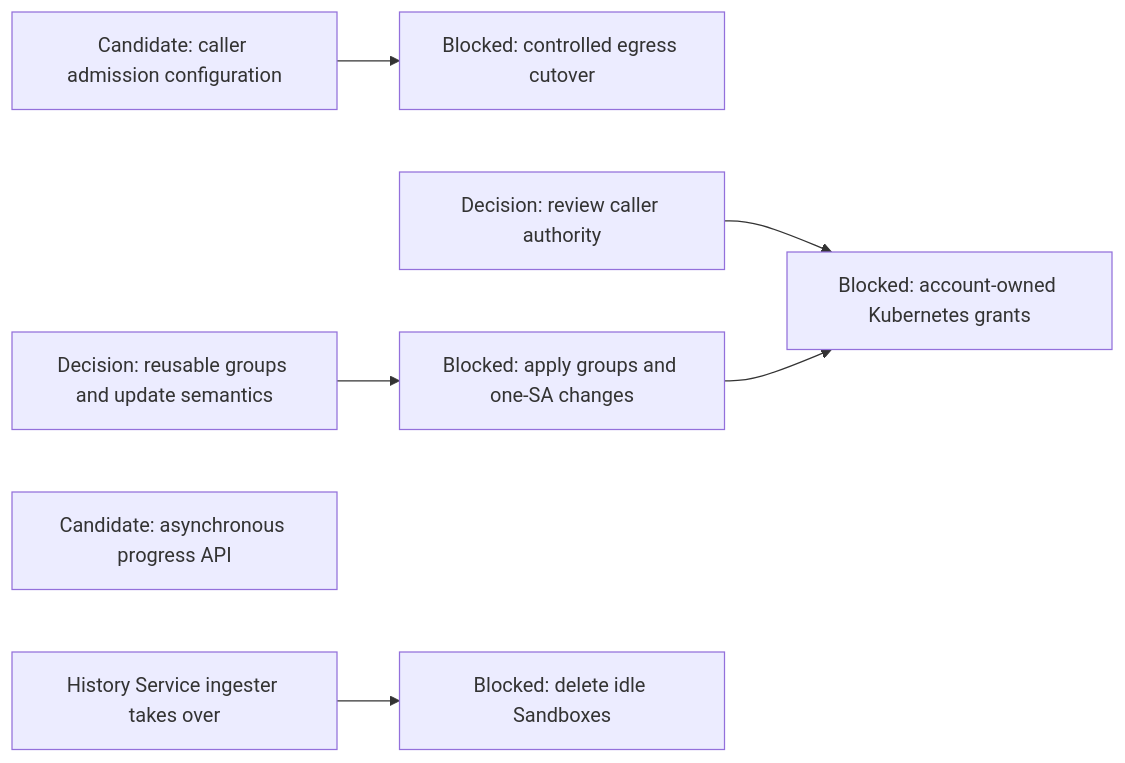
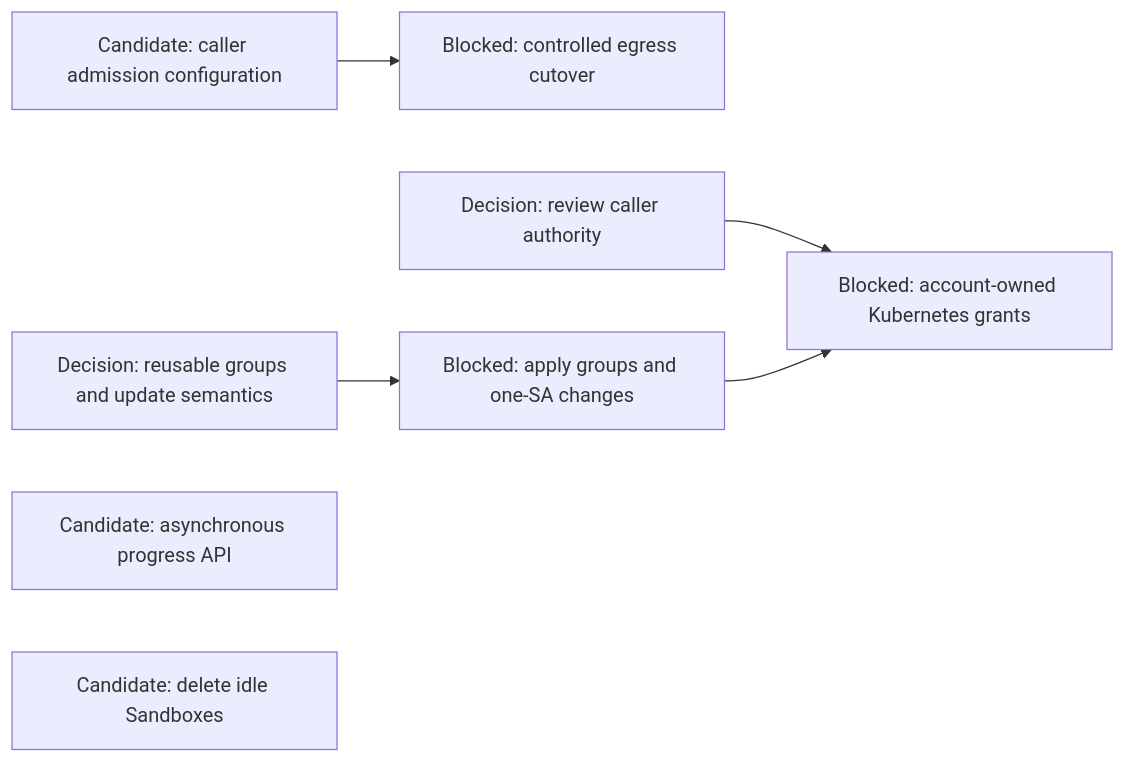
One commit to agentydragon-agent/ducktape changed the seventh of 11 diagrams in agentplane/plans/task_dag.md. Above: the diagram before and after it, drawn with Mermaid. The commit also changed other lines of this file and 2 other files, not shown here.

First line of the commit message:
agentplane: staging History Service takes over history writes (#9842)

````diff
--- a/agentplane/plans/task_dag.md
+++ b/agentplane/plans/task_dag.md
@@ -494,9 +492,9 @@
 ```mermaid
 flowchart LR
     PC_EGRESS_CREDENTIALS[Candidate: caller admission configuration] --> PC_EGRESS[Blocked: controlled egress cutover]
     CLAUDE_AI_SA[Decision: review caller authority] --> MANAGED_SA_RBAC[Blocked: account-owned Kubernetes grants]
     KUBERNETES_RBAC_POLICIES[Decision: reusable groups and update semantics] --> KUBERNETES_RBAC_POLICY_BINDINGS[Blocked: apply groups and one-SA changes]
     KUBERNETES_RBAC_POLICY_BINDINGS --> MANAGED_SA_RBAC
     BOOTSTRAP_PROGRESS_CONTRACT[Candidate: asynchronous progress API]
-    HISTORY_WRITE_HANDOFF[History Service ingester takes over] --> SANDBOX_IDLE_EXPIRY[Blocked: delete idle Sandboxes]
+    SANDBOX_IDLE_EXPIRY[Candidate: delete idle Sandboxes]
 ```
````
